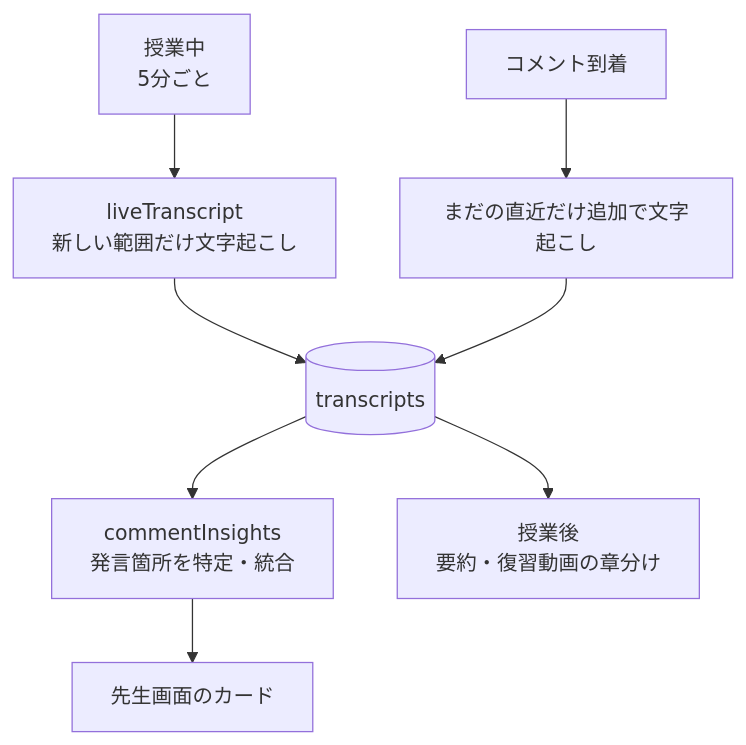
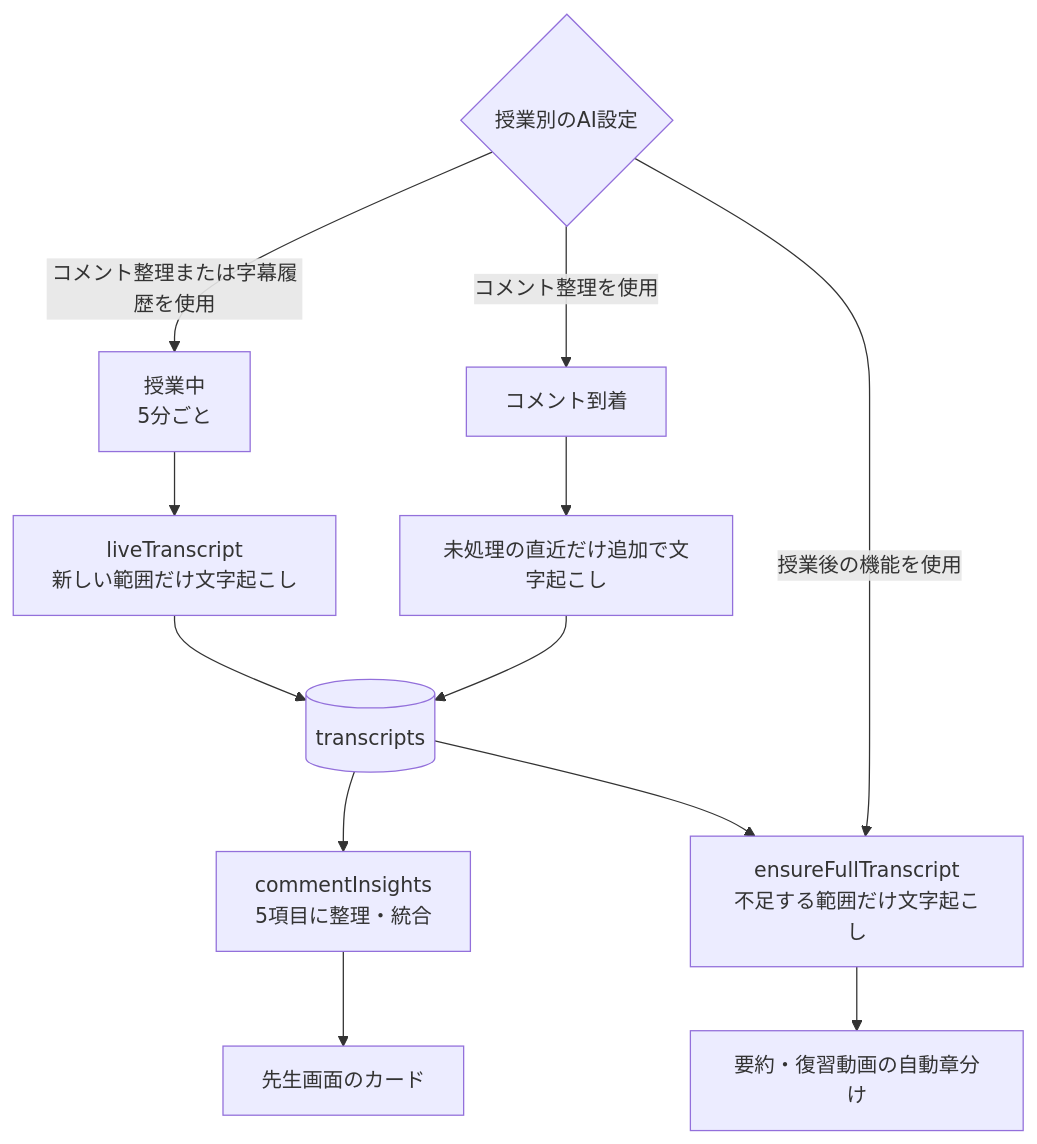
The third of 3 diagrams in docs/ARCHITECTURE.md (424m-lang/enkaku-jugyou), drawn with Mermaid before and after one commit. The commit also changed other lines of this file and 4 other files, not shown here.

````diff
--- a/docs/ARCHITECTURE.md
+++ b/docs/ARCHITECTURE.md
@@ -194,10 +194,15 @@
 ```mermaid
 flowchart TD
-  A["授業中<br/>5分ごと"] --> B["liveTranscript<br/>新しい範囲だけ文字起こし"]
+  S{"授業別のAI設定"}
+  S -->|"コメント整理または字幕履歴を使用"| A["授業中<br/>5分ごと"]
+  A --> B["liveTranscript<br/>新しい範囲だけ文字起こし"]
   B --> C[("transcripts")]
-  D["コメント到着"] --> E["まだの直近だけ追加で文字起こし"]
+  S -->|"コメント整理を使用"| D["コメント到着"]
+  D --> E["未処理の直近だけ追加で文字起こし"]
   E --> C
-  C --> F["commentInsights<br/>発言箇所を特定・統合"]
+  C --> F["commentInsights<br/>5項目に整理・統合"]
   F --> G["先生画面のカード"]
-  C --> H["授業後<br/>要約・復習動画の章分け"]
+  S -->|"授業後の機能を使用"| H["ensureFullTranscript<br/>不足する範囲だけ文字起こし"]
+  C --> H
+  H --> I["要約・復習動画の自動章分け"]
 ```
````
